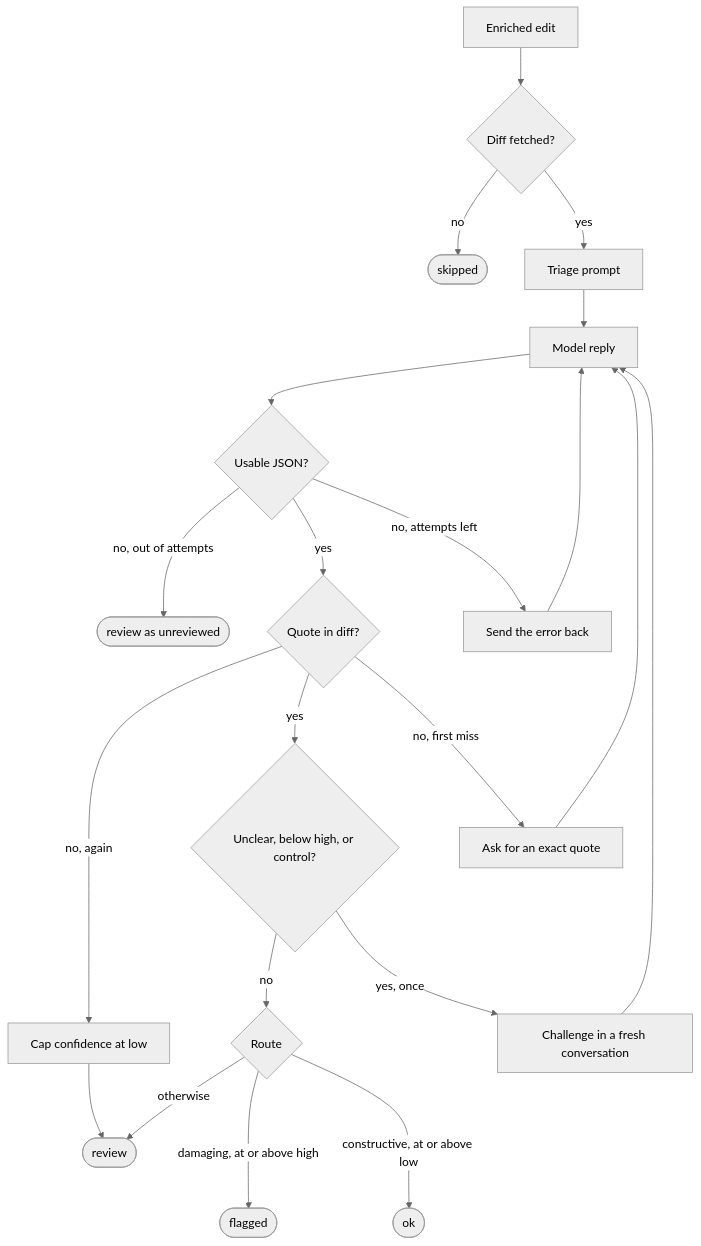
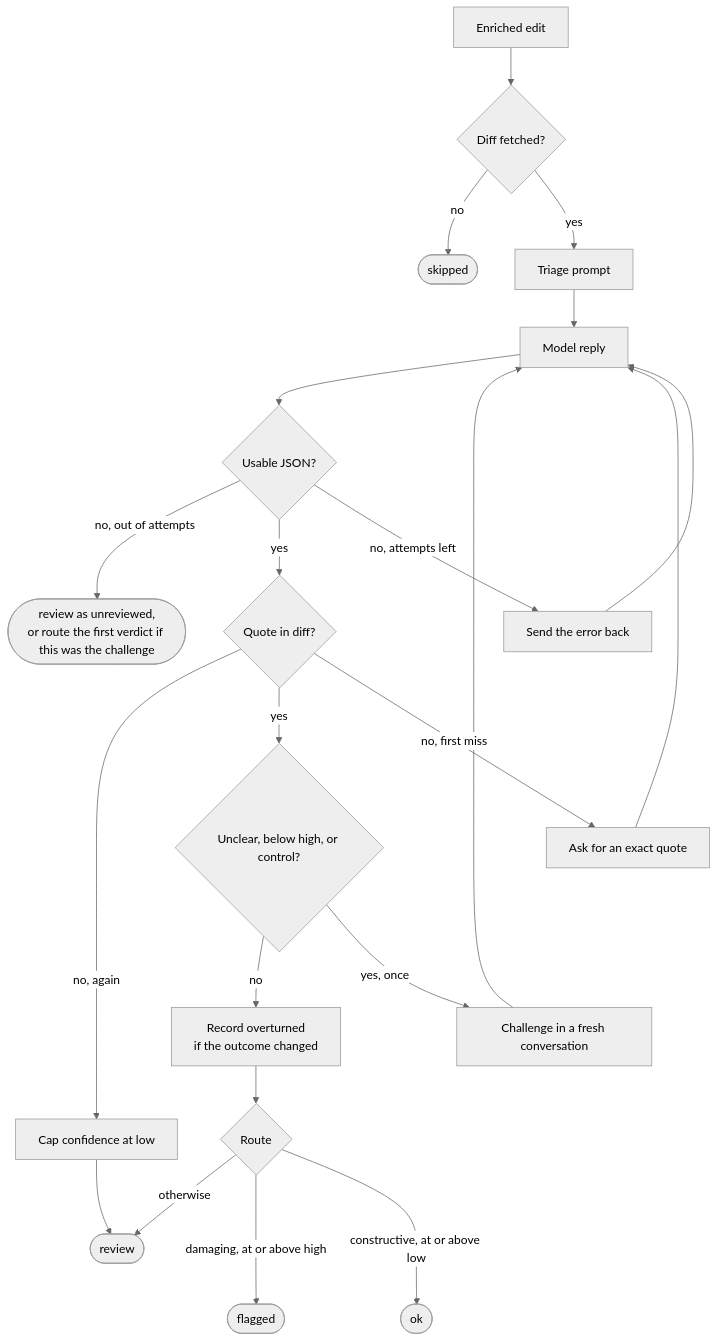
The second of 2 diagrams in README.md (craigsloggett/redpanda-fde-build-exercise), drawn with Mermaid (neutral theme) before and after one commit. The commit also changed other lines of this file and 1 other file, not shown here.

Commit message:
docs: Update README.md with screenshot and correct diagram

````diff
--- a/README.md
+++ b/README.md
@@ -67,28 +71,29 @@
 ```mermaid
 flowchart TD
   %% Edge order per node drives the Dagre layout: outcome, main path, retry.
   edit[Enriched edit] --> gate{Diff fetched?}
   gate -- no --> skipped([skipped])
   gate -- yes --> triage[Triage prompt]
   triage --> reply[Model reply]
   reply --> parse{Usable JSON?}
-  parse -- "no, out of attempts" --> unusable([review as unreviewed])
+  parse -- "no, out of attempts" --> unusable([review as unreviewed,<br/>or route the first verdict if this was the challenge])
   parse -- yes --> ground{Quote in diff?}
   parse -- "no, attempts left" --> repair[Send the error back]
   repair --> reply
   ground -- "no, again" --> cap[Cap confidence at low]
   cap --> review([review])
   ground -- yes --> close{Unclear, below high, or control?}
   ground -- "no, first miss" --> requote[Ask for an exact quote]
   requote --> reply
-  close -- no --> route{Route}
+  close -- no --> mark[Record overturned<br/>if the outcome changed]
   close -- "yes, once" --> challenge[Challenge in a fresh conversation]
   challenge --> reply
+  mark --> route{Route}
   route -- otherwise --> review
   %% Longer links keep these labels clear of the otherwise label.
   route -- "damaging, at or above high" ---> flagged([flagged])
   route -- "constructive, at or above low" ---> ok([ok])
   %% Invisible links stack the retries in one column so the return arrows never cross.
   repair ~~~ requote
   requote ~~~ challenge
 ```
````
